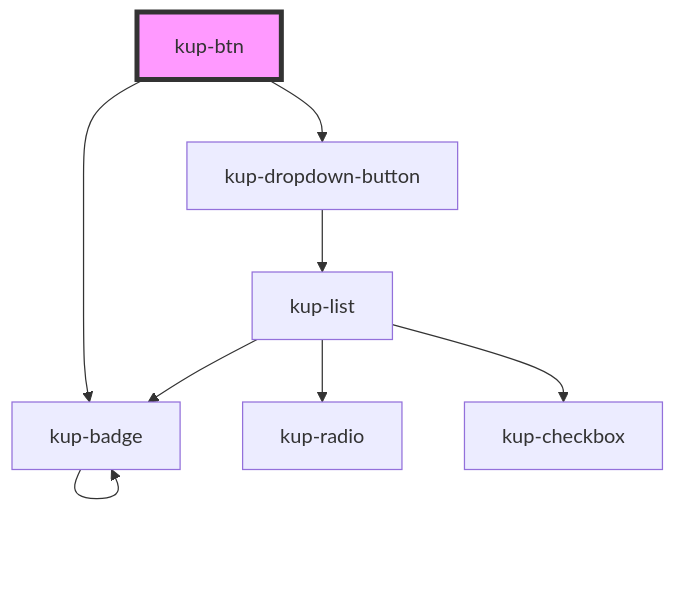
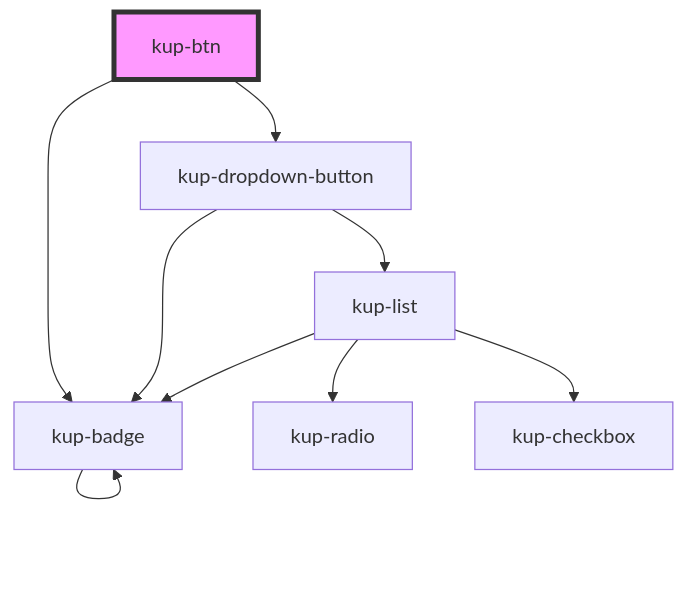
The diagram in packages/ketchup/src/components/kup-btn/readme.md (smeup/ketchup), drawn with Mermaid before and after one commit. The commit also changed 5 other files, not shown here.

Commit message:
Dropdown button: style and classes fixes.

````diff
--- a/packages/ketchup/src/components/kup-btn/readme.md
+++ b/packages/ketchup/src/components/kup-btn/readme.md
@@ -60,11 +60,12 @@
 ```mermaid
 graph TD;
   kup-btn --> kup-dropdown-button
   kup-btn --> kup-badge
   kup-dropdown-button --> kup-list
+  kup-dropdown-button --> kup-badge
   kup-list --> kup-radio
   kup-list --> kup-checkbox
   kup-list --> kup-badge
   kup-badge --> kup-badge
   style kup-btn fill:#f9f,stroke:#333,stroke-width:4px
 ```
````
